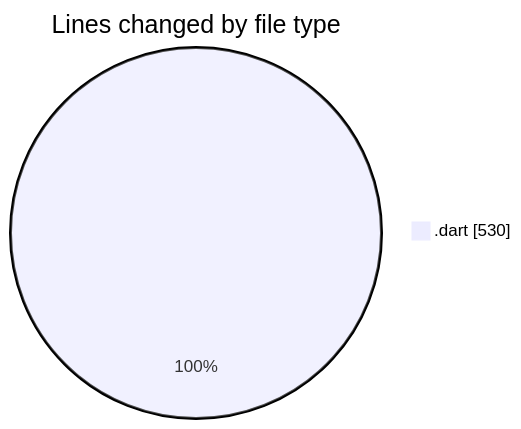
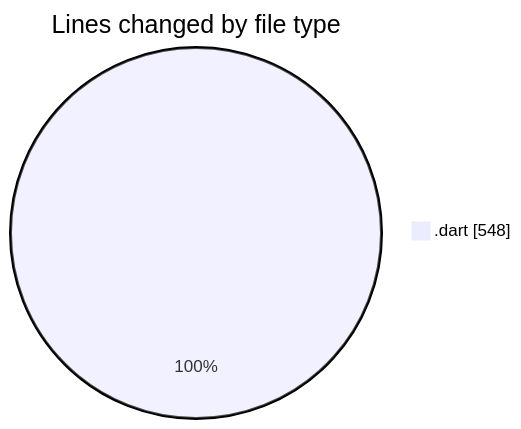
One commit to donsfak/code-tracking changed the first of 2 diagrams in 2025-01-15/trackers_app/README.md. Above: the diagram before and after it, drawn with Mermaid. The commit also changed other lines of this file and 1 other file, not shown here.

````diff
--- a/2025-01-15/trackers_app/README.md
+++ b/2025-01-15/trackers_app/README.md
@@ -23,5 +23,5 @@
 ```mermaid
 pie showData
 title Lines changed by file type
-".dart" : 530
+".dart" : 548
 ```
````
